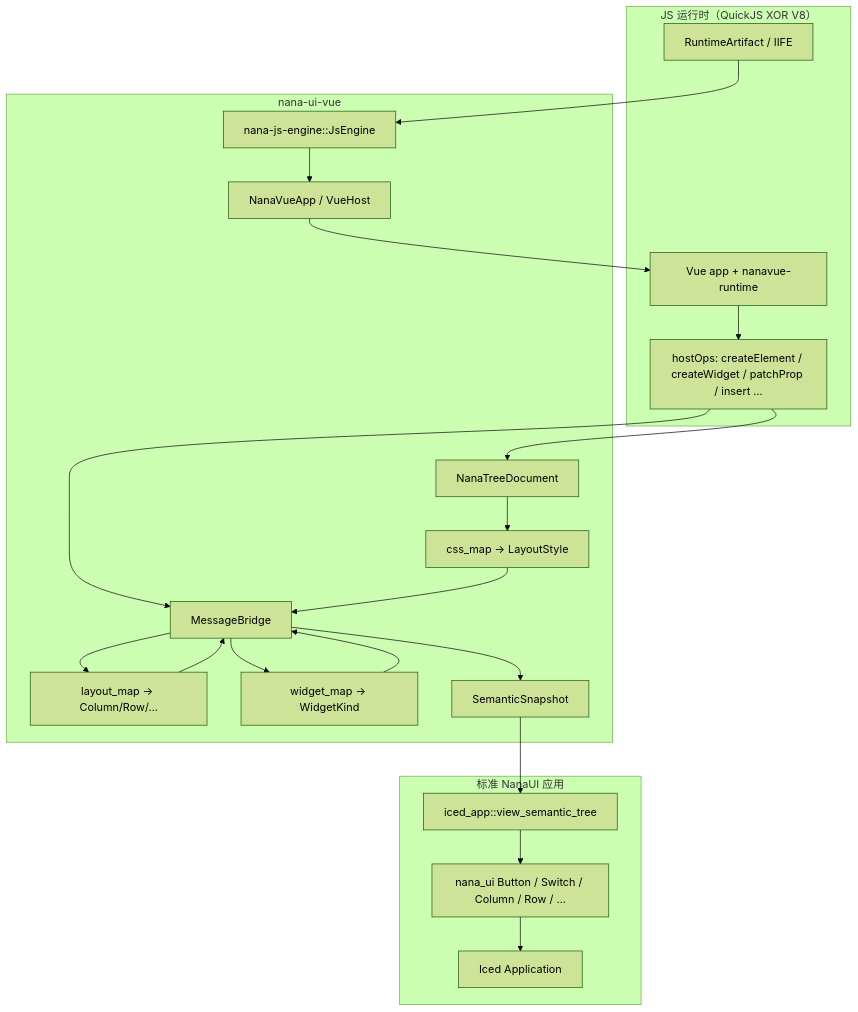
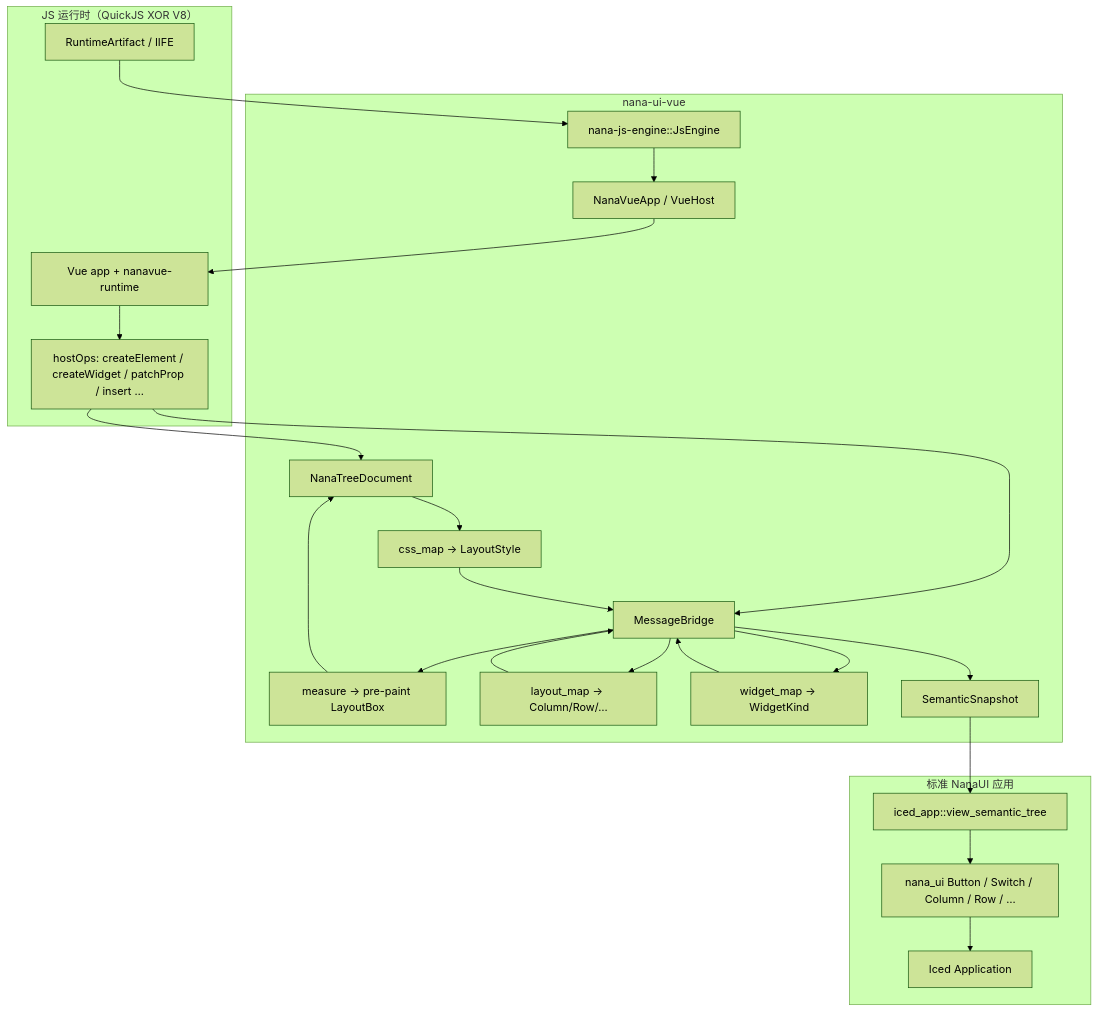
One commit to AuraElicase/NanaUI changed the first of 2 diagrams in docs/vue-nana-renderer-system.md. Above: the diagram before and after it, drawn with Mermaid (forest theme). The commit also changed other lines of this file and 11 other files, not shown here.

````diff
--- a/docs/vue-nana-renderer-system.md
+++ b/docs/vue-nana-renderer-system.md
@@ -70,42 +70,45 @@
 ```mermaid
 flowchart TB
   subgraph JS["JS 运行时（QuickJS XOR V8）"]
     Artifact["RuntimeArtifact / IIFE"]
     VueApp["Vue app + nanavue-runtime"]
     HostOps["hostOps: createElement / createWidget / patchProp / insert …"]
   end
 
   subgraph Host["nana-ui-vue"]
     Engine["nana-js-engine::JsEngine"]
     NanaVue["NanaVueApp / VueHost"]
     Tree["NanaTreeDocument"]
     Bridge["MessageBridge"]
     CssMap["css_map → LayoutStyle"]
+    Measure["measure → pre-paint LayoutBox"]
     LayoutMap["layout_map → Column/Row/…"]
     WidgetMap["widget_map → WidgetKind"]
     Snapshot["SemanticSnapshot"]
   end
 
   subgraph Nana["标准 NanaUI 应用"]
     IcedApp["iced_app::view_semantic_tree"]
     Widgets["nana_ui Button / Switch / Column / Row / …"]
     Iced["Iced Application"]
   end
 
   Artifact --> Engine
   Engine --> NanaVue
   NanaVue --> VueApp
   VueApp --> HostOps
   HostOps --> Tree
   HostOps --> Bridge
   Tree --> CssMap
   Bridge --> WidgetMap
   Bridge --> LayoutMap
   CssMap --> Bridge
   LayoutMap --> Bridge
   WidgetMap --> Bridge
+  Bridge --> Measure
+  Measure --> Tree
   Bridge --> Snapshot
   Snapshot --> IcedApp
   IcedApp --> Widgets
   Widgets --> Iced
 ```
````
